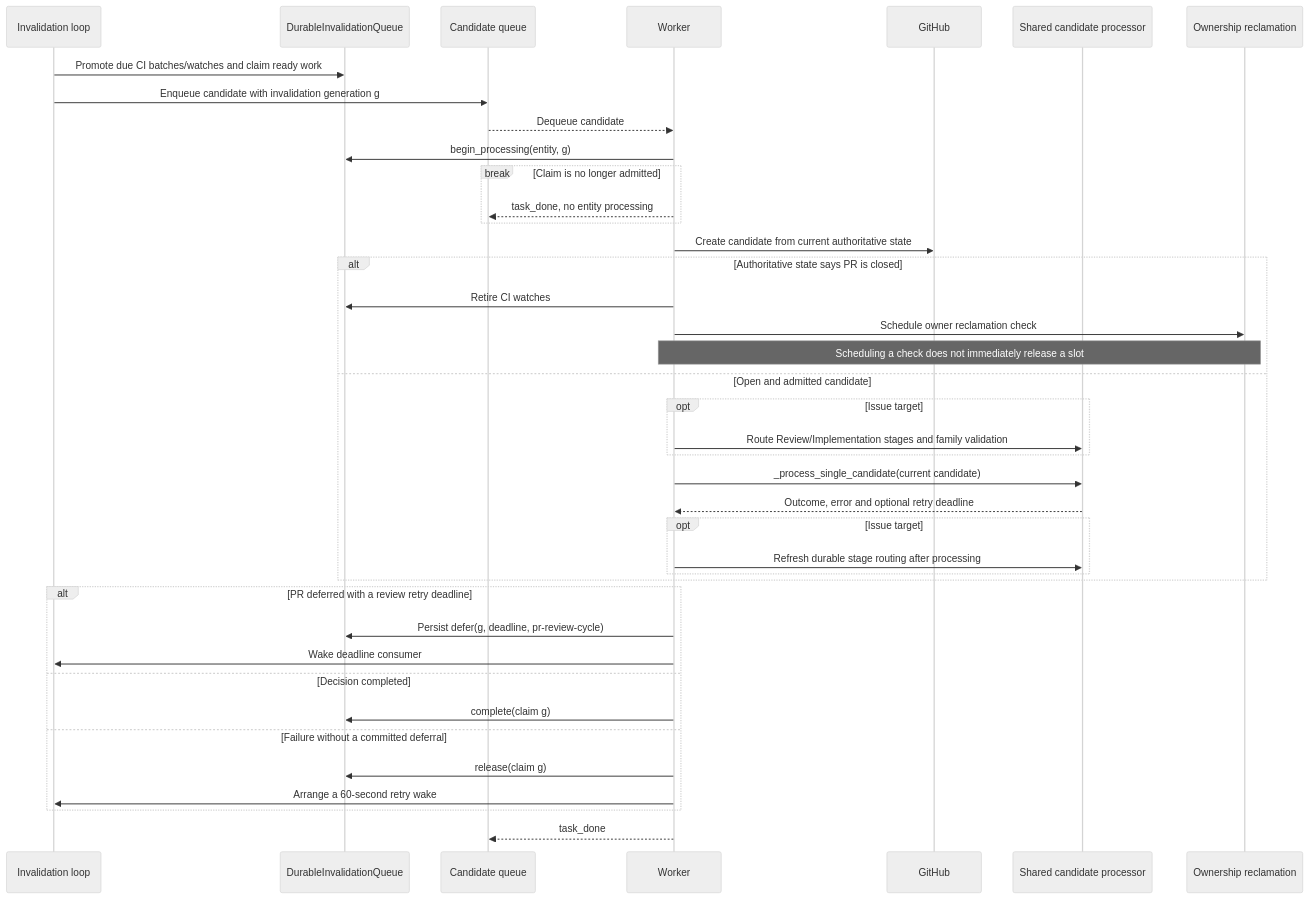
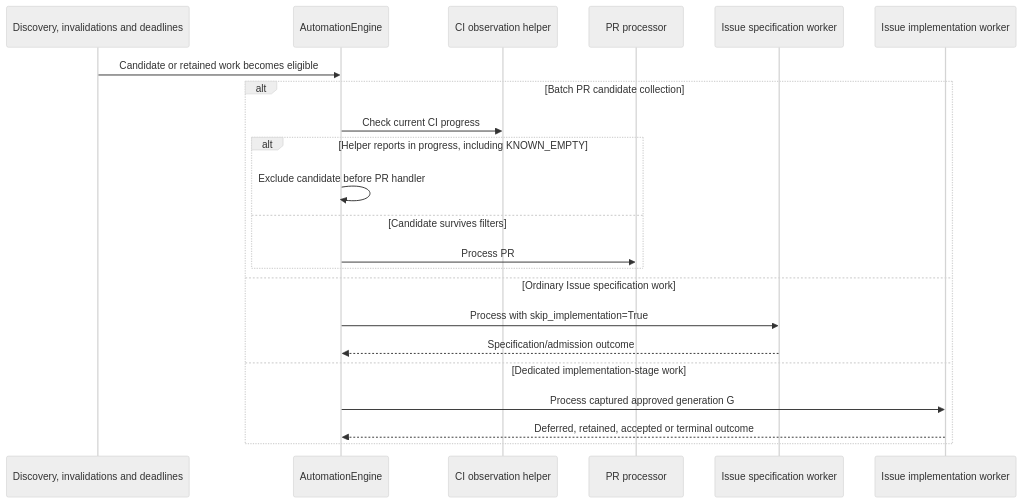
The second of 3 diagrams in docs/architecture/as-is/engine-and-issues.md (kitamura-tetsuo/auto-coder), drawn with Mermaid (neutral theme) before and after one commit. The commit also changed other lines of this file and 14 other files, not shown here.

First line of the commit message:
docs: refresh as-is sequences and map refactoring boundaries

````diff
--- a/docs/architecture/as-is/engine-and-issues.md
+++ b/docs/architecture/as-is/engine-and-issues.md
@@ -54,42 +32,24 @@
 ```mermaid
 sequenceDiagram
-    participant L as Invalidation loop
-    participant D as DurableInvalidationQueue
-    participant Q as Candidate queue
-    participant W as Worker
-    participant G as GitHub
-    participant E as Shared candidate processor
-    participant S as Ownership reclamation
-    L->>D: Promote due CI batches/watches and claim ready work
-    L->>Q: Enqueue candidate with invalidation generation g
-    Q-->>W: Dequeue candidate
-    W->>D: begin_processing(entity, g)
-    break Claim is no longer admitted
-        W-->>Q: task_done, no entity processing
+    participant Q as Discovery, invalidations and deadlines
+    participant E as AutomationEngine
+    participant C as CI observation helper
+    participant P as PR processor
+    participant S as Issue specification worker
+    participant I as Issue implementation worker
+    Q->>E: Candidate or retained work becomes eligible
+    alt Batch PR candidate collection
+        E->>C: Check current CI progress
+        alt Helper reports in progress, including KNOWN_EMPTY
+            E->>E: Exclude candidate before PR handler
+        else Candidate survives filters
+            E->>P: Process PR
+        end
+    else Ordinary Issue specification work
+        E->>S: Process with skip_implementation=True
+        S-->>E: Specification/admission outcome
+    else Dedicated implementation-stage work
+        E->>I: Process captured approved generation G
+        I-->>E: Deferred, retained, accepted or terminal outcome
     end
-    W->>G: Create candidate from current authoritative state
-    alt Authoritative state says PR is closed
-        W->>D: Retire CI watches
-        W->>S: Schedule owner reclamation check
-        Note over W,S: Scheduling a check does not immediately release a slot
-    else Open and admitted candidate
-        opt Issue target
-            W->>E: Route Review/Implementation stages and family validation
-        end
-        W->>E: _process_single_candidate(current candidate)
-        E-->>W: Outcome, error and optional retry deadline
-        opt Issue target
-            W->>E: Refresh durable stage routing after processing
-        end
-    end
-    alt PR deferred with a review retry deadline
-        W->>D: Persist defer(g, deadline, pr-review-cycle)
-        W->>L: Wake deadline consumer
-    else Decision completed
-        W->>D: complete(claim g)
-    else Failure without a committed deferral
-        W->>D: release(claim g)
-        W->>L: Arrange a 60-second retry wake
-    end
-    W-->>Q: task_done
 ```
````
